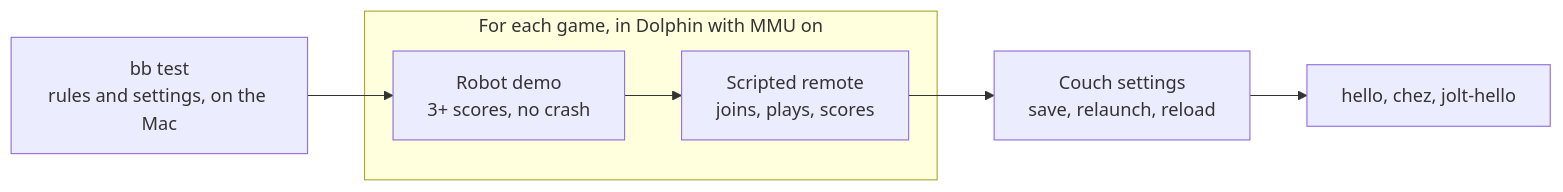
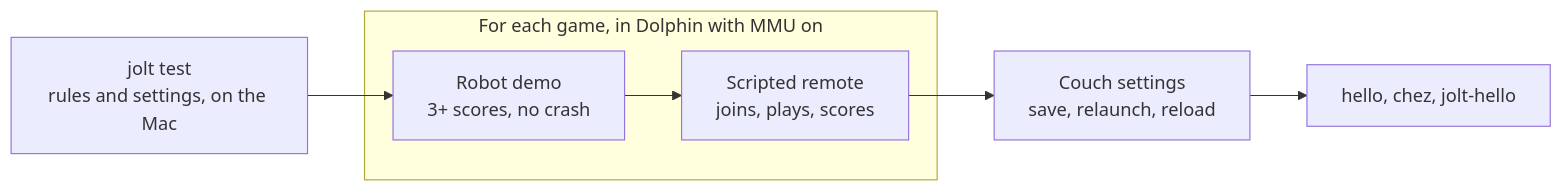
One commit to b12n-oss/wii-jolt changed the second of 3 diagrams in docs/guide/wiimote-input.md. Above: the diagram before and after it, drawn with Mermaid. The commit also changed other lines of this file and 30 other files, not shown here.

````diff
--- a/docs/guide/wiimote-input.md
+++ b/docs/guide/wiimote-input.md
@@ -130,9 +130,9 @@
 ```mermaid
 flowchart LR
-  t["bb test<br/>rules and settings, on the Mac"] --> d
+  t["jolt test<br/>rules and settings, on the Mac"] --> d
   subgraph each["For each game, in Dolphin with MMU on"]
     d["Robot demo<br/>3+ scores, no crash"] --> s["Scripted remote<br/>joins, plays, scores"]
   end
   s --> c["Couch settings<br/>save, relaunch, reload"]
   c --> o["hello, chez, jolt-hello"]
 ```
````
